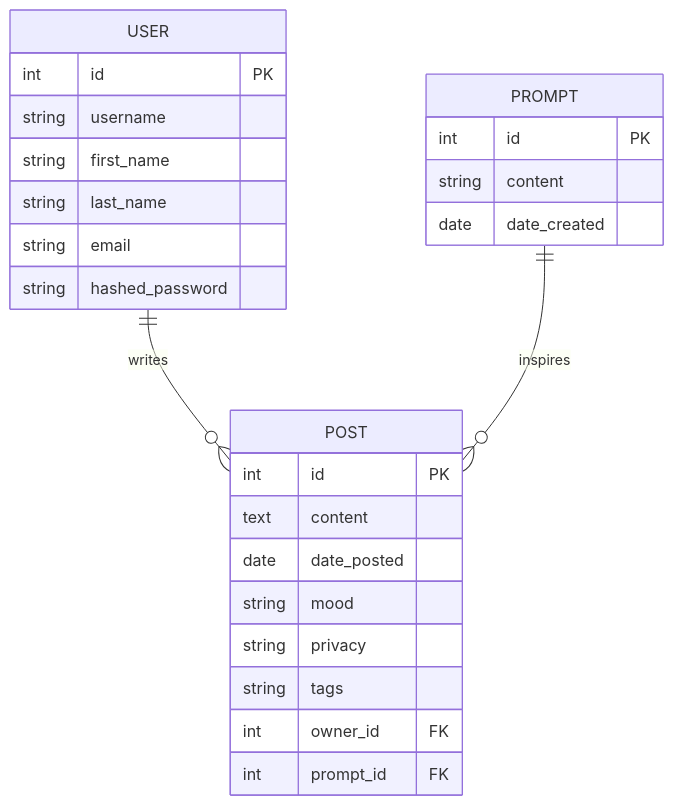
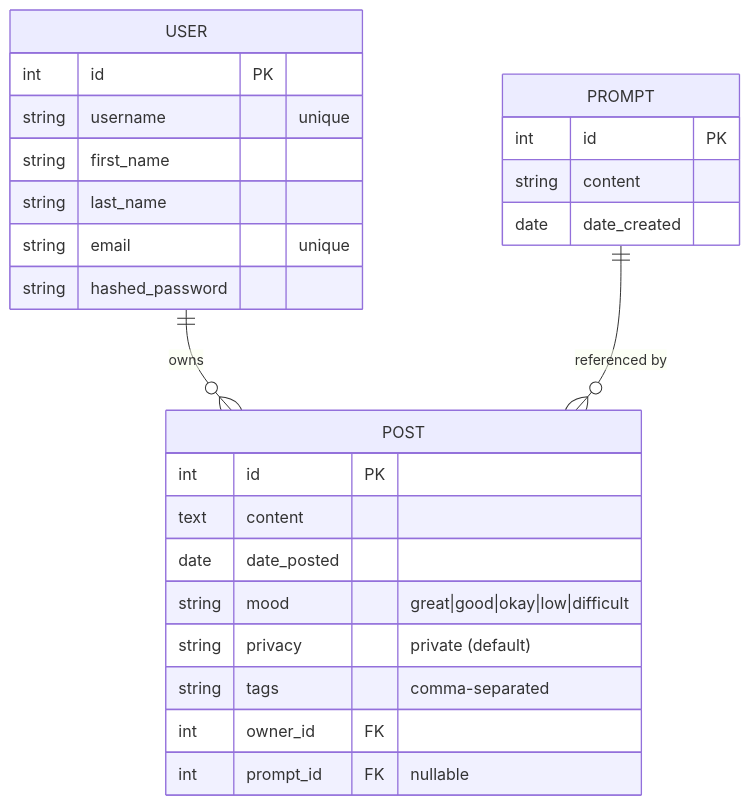
The fourth of 4 diagrams in docs/architecture.md (Sfayson1/Luma), drawn with Mermaid before and after one commit. The commit also changed other lines of this file, not shown here.

Commit message:
refactor: update architecture documentation for clarity and consistency

````diff
--- a/docs/architecture.md
+++ b/docs/architecture.md
@@ -86,31 +98,31 @@
 ```mermaid
 erDiagram
     USER {
-        int id PK
-        string username
-        string first_name
-        string last_name
-        string email
-        string hashed_password
+        int     id             PK
+        string  username       "unique"
+        string  first_name
+        string  last_name
+        string  email          "unique"
+        string  hashed_password
     }
 
     POST {
-        int id PK
-        text content
-        date date_posted
-        string mood
-        string privacy
-        string tags
-        int owner_id FK
-        int prompt_id FK
+        int     id             PK
+        text    content
+        date    date_posted
+        string  mood           "great|good|okay|low|difficult"
+        string  privacy        "private (default)"
+        string  tags           "comma-separated"
+        int     owner_id       FK
+        int     prompt_id      FK "nullable"
     }
 
     PROMPT {
-        int id PK
-        string content
-        date date_created
+        int     id             PK
+        string  content
+        date    date_created
     }
 
-    USER ||--o{ POST : "writes"
-    PROMPT ||--o{ POST : "inspires"
+    USER   ||--o{ POST   : "owns"
+    PROMPT ||--o{ POST   : "referenced by"
 ```
````
